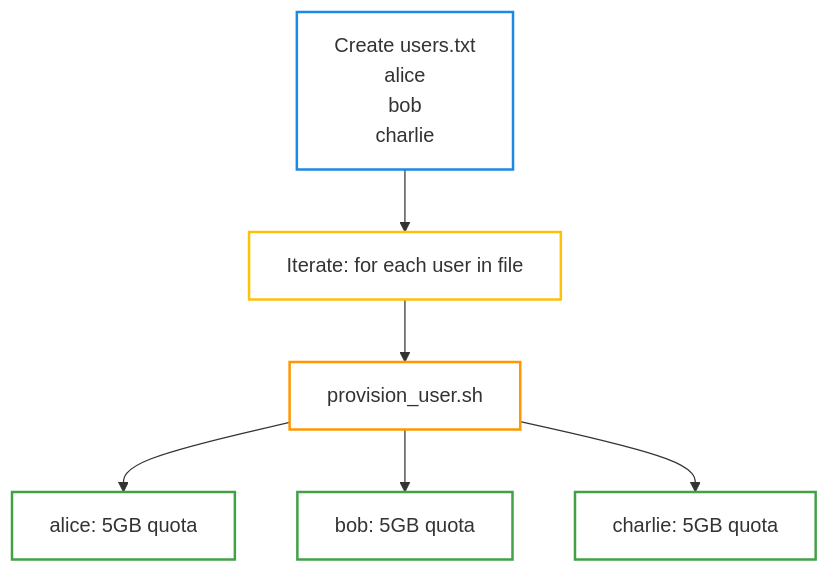
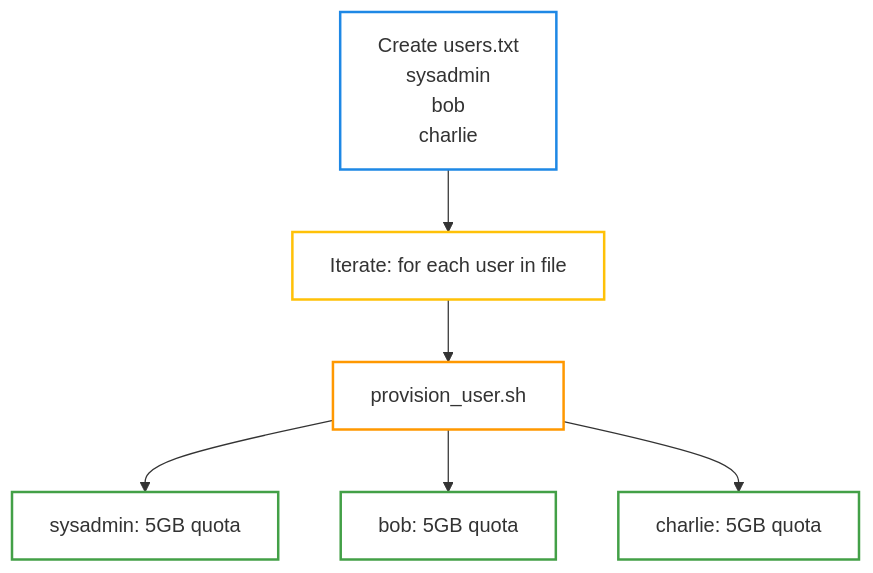
Before and after one commit to aaronwittchen/Automated-Storage-Provisioning-Tool: the sixth of 7 diagrams in docs/architecture.md, drawn with Mermaid. The commit also changed other lines of this file and 8 other files, not shown here.

````diff
--- a/docs/architecture.md
+++ b/docs/architecture.md
@@ -291,15 +291,15 @@
 ```mermaid
 graph TD
-    A["Create users.txt<br/>alice<br/>bob<br/>charlie"] --> B["Iterate: for each user in file"]
+    A["Create users.txt<br/>sysadmin<br/>bob<br/>charlie"] --> B["Iterate: for each user in file"]
     B --> C["provision_user.sh"]
-    C --> D1["alice: 5GB quota"]
+    C --> D1["sysadmin: 5GB quota"]
     C --> D2["bob: 5GB quota"]
     C --> D3["charlie: 5GB quota"]
     
     style A stroke:#1e88e5,stroke-width:2px,fill:none
     style B stroke:#ffc107,stroke-width:2px,fill:none
     style C stroke:#ff9800,stroke-width:2px,fill:none
     style D1 stroke:#43a047,stroke-width:2px,fill:none
     style D2 stroke:#43a047,stroke-width:2px,fill:none
     style D3 stroke:#43a047,stroke-width:2px,fill:none
 ```
````
